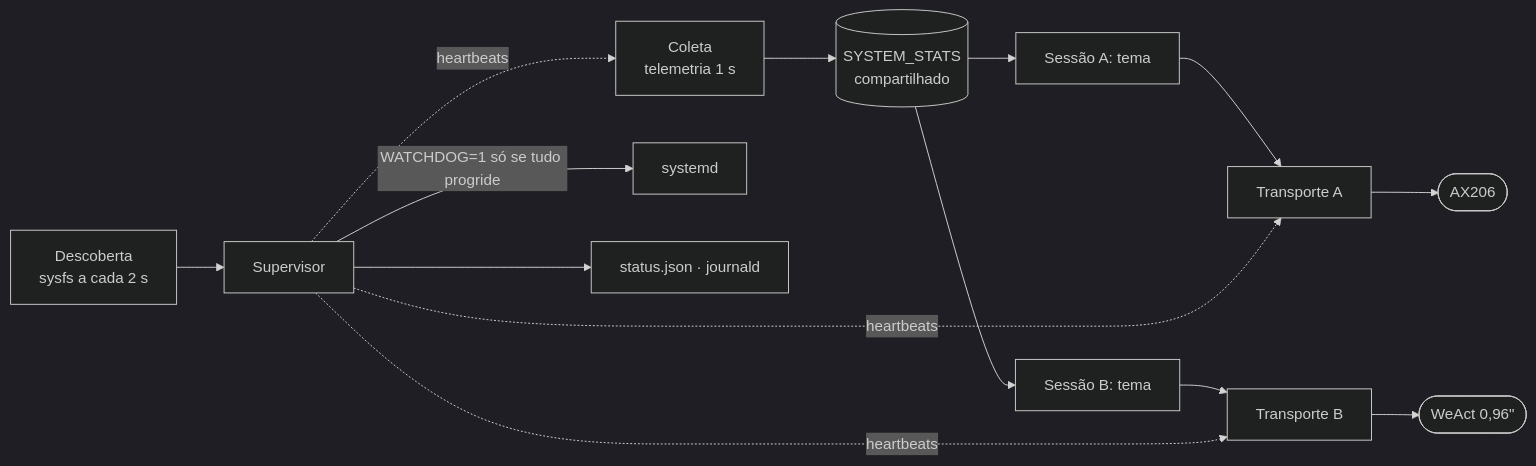
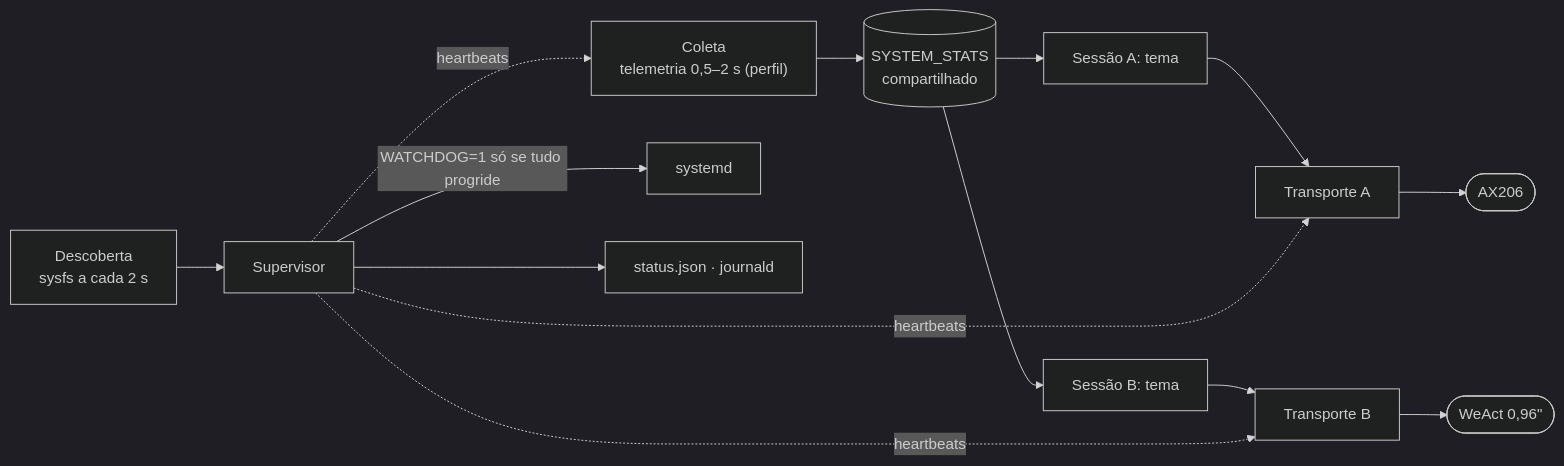
The diagram in README.md (biglinux/big-screen-monitor-display), drawn with Mermaid (dark theme) before and after one commit. The commit also changed other lines of this file and 10 other files, not shown here.

````diff
--- a/README.md
+++ b/README.md
@@ -381,12 +393,12 @@
 ```mermaid
 flowchart LR
     U["Descoberta<br/>sysfs a cada 2 s"] --> H
-    T["Coleta<br/>telemetria 1 s"] --> S[("SYSTEM_STATS<br/>compartilhado")]
+    T["Coleta<br/>telemetria 0,5–2 s (perfil)"] --> S[("SYSTEM_STATS<br/>compartilhado")]
     S --> R1["Sessão A: tema"] --> X1["Transporte A"] --> D1(["AX206"])
     S --> R2["Sessão B: tema"] --> X2["Transporte B"] --> D2(["WeAct 0,96&quot;"])
     H["Supervisor"] -. heartbeats .-> T
     H -. heartbeats .-> X1
     H -. heartbeats .-> X2
     H -- "WATCHDOG=1 só se tudo progride" --> SD["systemd"]
     H --> J["status.json · journald"]
 ```
````
